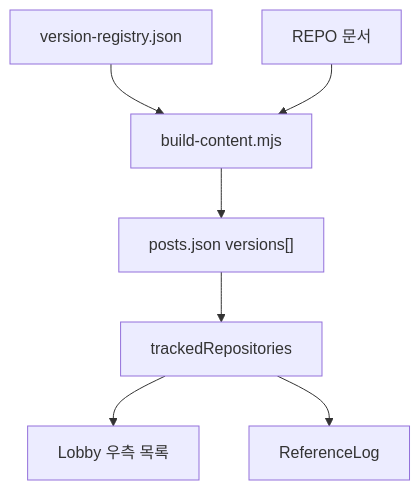
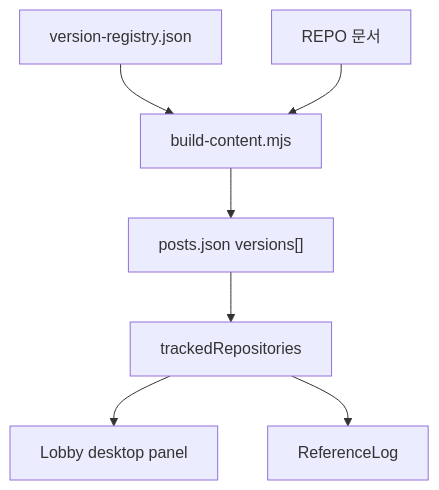
One commit to EchidnaRezero/SeraphField changed the fifth of 5 diagrams in docs/SITE_SPEC.md. Above: the diagram before and after it, drawn with Mermaid. The commit also changed other lines of this file and 13 other files, not shown here.

````diff
--- a/docs/SITE_SPEC.md
+++ b/docs/SITE_SPEC.md
@@ -197,9 +197,9 @@
 ```mermaid
 flowchart TD
     REG["version-registry.json"] --> BUILD["build-content.mjs"]
     MD["REPO 문서"] --> BUILD
     BUILD --> POSTS["posts.json versions[]"]
     POSTS --> TRACKED["trackedRepositories"]
-    TRACKED --> LOBBY["Lobby 우측 목록"]
+    TRACKED --> LOBBY["Lobby desktop panel"]
     TRACKED --> TABLE["ReferenceLog"]
 ```
````
